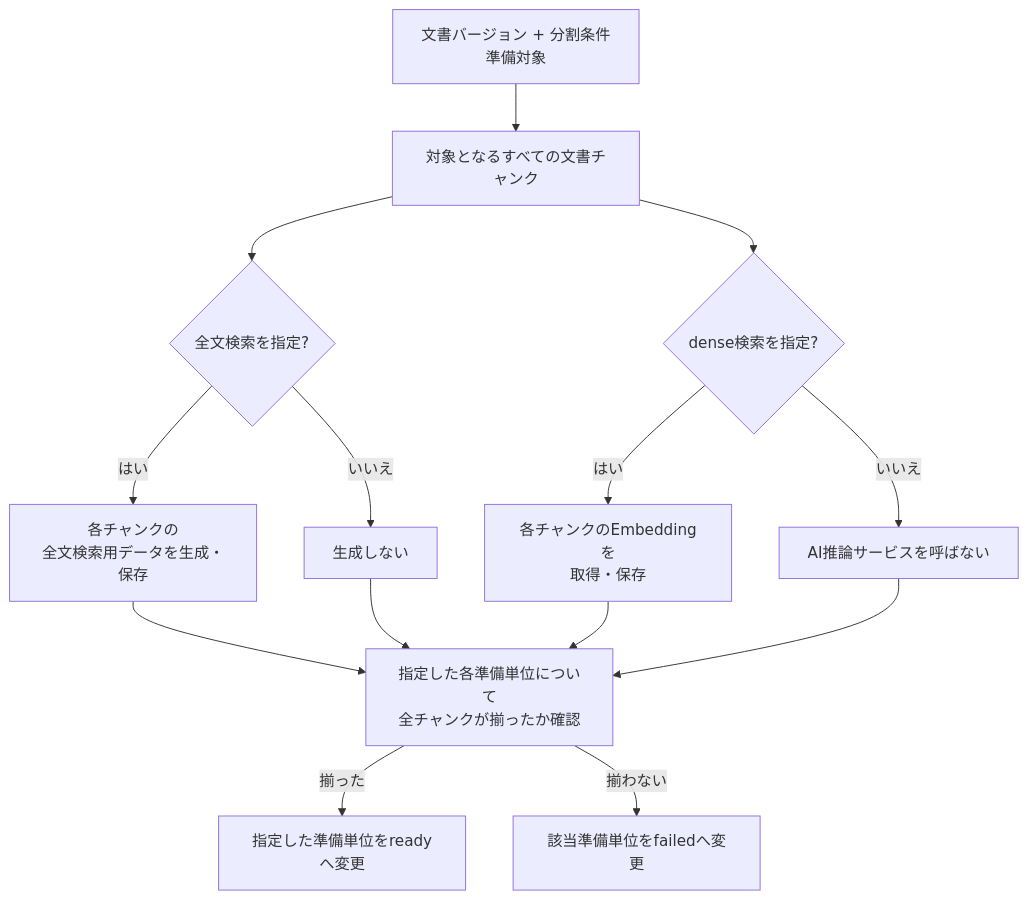
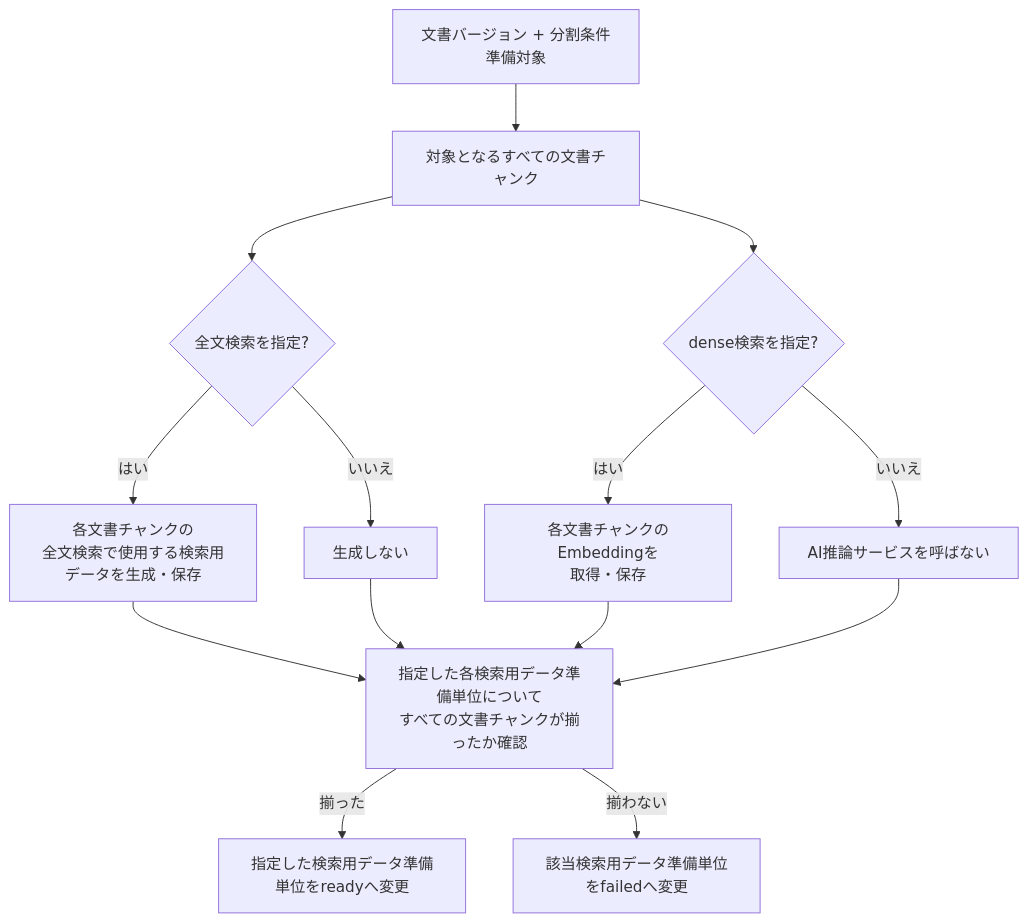
The diagram in project-docs/design/domains/documents/検索用データ準備設計.md (takashit16833/RAGScope), drawn with Mermaid before and after one commit. The commit also changed other lines of this file and 5 other files, not shown here.

````diff
--- a/project-docs/design/domains/documents/検索用データ準備設計.md
+++ b/project-docs/design/domains/documents/検索用データ準備設計.md
@@ -61,23 +61,23 @@
 ```mermaid
 flowchart TB
     Input["文書バージョン + 分割条件<br>準備対象"]
     Chunks["対象となるすべての文書チャンク"]
 
     Input --> Chunks
 
     Chunks --> FullTextRequested{"全文検索を指定?"}
-    FullTextRequested -->|"はい"| FullText["各チャンクの<br>全文検索用データを生成・保存"]
+    FullTextRequested -->|"はい"| FullText["各文書チャンクの<br>全文検索で使用する検索用データを生成・保存"]
     FullTextRequested -->|"いいえ"| SkipFullText["生成しない"]
 
     Chunks --> DenseRequested{"dense検索を指定?"}
-    DenseRequested -->|"はい"| Embedding["各チャンクのEmbeddingを<br>取得・保存"]
+    DenseRequested -->|"はい"| Embedding["各文書チャンクのEmbeddingを<br>取得・保存"]
     DenseRequested -->|"いいえ"| SkipDense["AI推論サービスを呼ばない"]
 
-    FullText --> Verify["指定した各準備単位について<br>全チャンクが揃ったか確認"]
+    FullText --> Verify["指定した各検索用データ準備単位について<br>すべての文書チャンクが揃ったか確認"]
     Embedding --> Verify
     SkipFullText --> Verify
     SkipDense --> Verify
 
-    Verify -->|"揃った"| Ready["指定した準備単位をreadyへ変更"]
-    Verify -->|"揃わない"| Failed["該当準備単位をfailedへ変更"]
+    Verify -->|"揃った"| Ready["指定した検索用データ準備単位をreadyへ変更"]
+    Verify -->|"揃わない"| Failed["該当検索用データ準備単位をfailedへ変更"]
 ```
````
